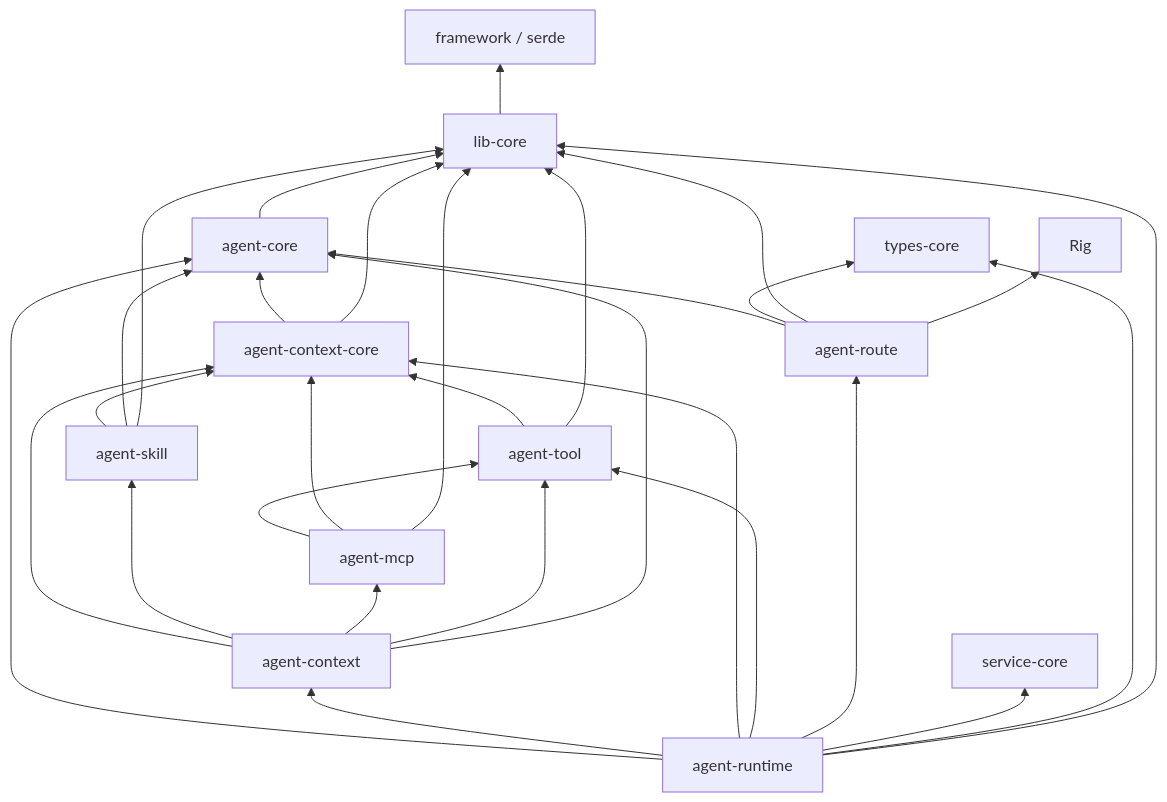
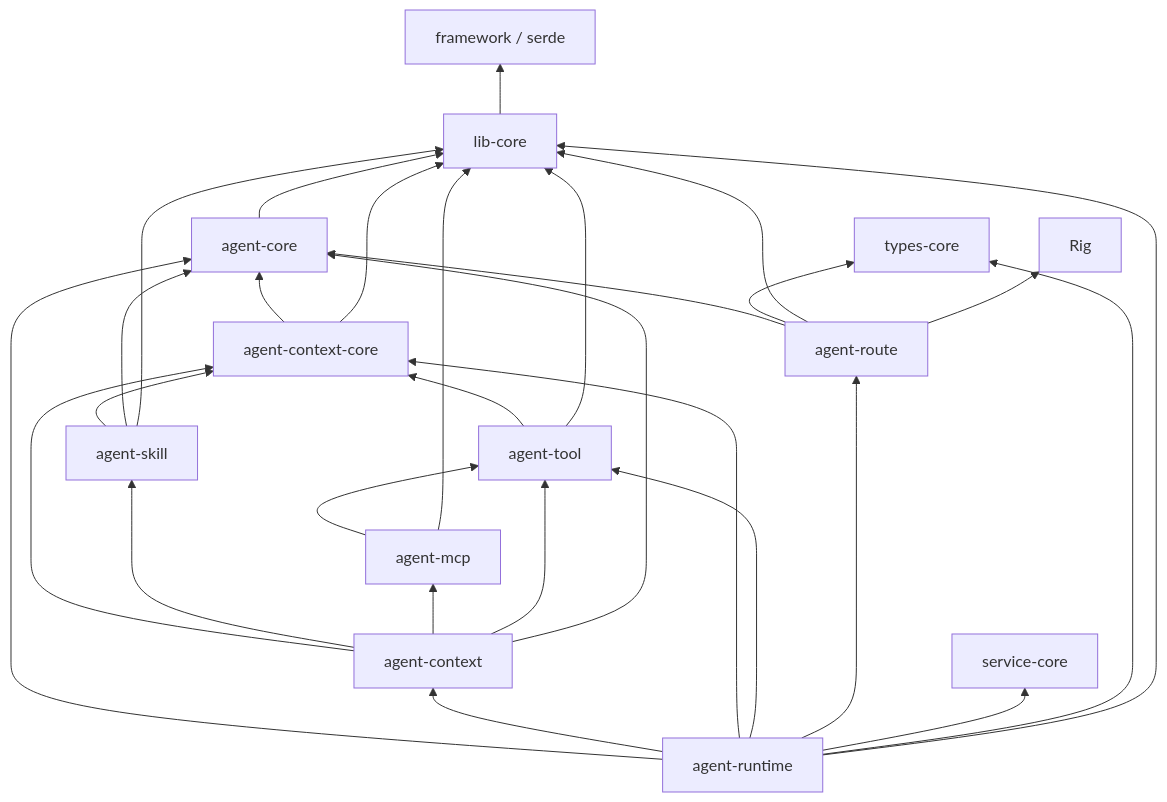
One commit to lingting/lingting-agent changed the third of 5 diagrams in docs/workspace.md. Above: the diagram before and after it, drawn with Mermaid. The commit also changed other lines of this file and 30 other files, not shown here.

````diff
--- a/docs/workspace.md
+++ b/docs/workspace.md
@@ -717,32 +718,31 @@
 ```mermaid
 flowchart BT
     libcore["lib-core"] --> ext["framework / serde"]
     agentcore["agent-core"] --> libcore
     ctxcore["agent-context-core"] --> agentcore
     ctxcore --> libcore
     skill["agent-skill"] --> ctxcore
     skill --> agentcore
     skill --> libcore
     tool["agent-tool"] --> ctxcore
     tool --> libcore
     mcp["agent-mcp"] --> tool
-    mcp --> ctxcore
     mcp --> libcore
     ctx["agent-context"] --> ctxcore
     ctx --> skill
     ctx --> mcp
     ctx --> tool
     ctx --> agentcore
     route["agent-route"] --> agentcore
     route --> typescore["types-core"]
     route --> libcore
     route --> rig["Rig"]
     runtime["agent-runtime"] --> agentcore
     runtime --> ctx
     runtime --> ctxcore
     runtime --> tool
     runtime --> route
     runtime --> servicecore["service-core"]
     runtime --> typescore
     runtime --> libcore
 ```
````
